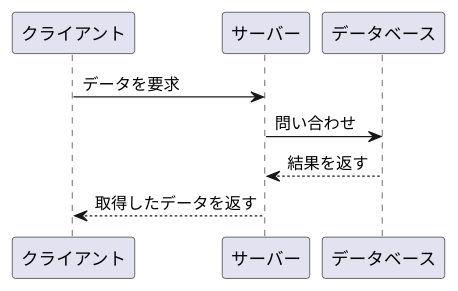
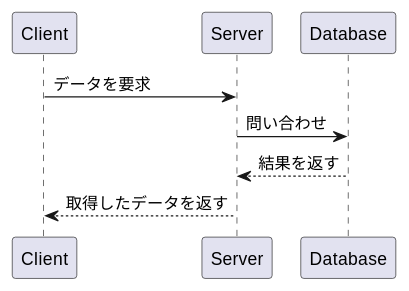
One commit to WithUSTAYBuddies/10th-assignment changed the diagram in training1.pu. Above: the diagram before and after it, drawn with PlantUML.

Commit message:
名称を簡略化

```diff
--- a/training1.pu
+++ b/training1.pu
@@ -1,10 +1,10 @@
 @startuml
-participant client as "クライアント"
-participant server as "サーバー"
-participant database as "データベース"
+participant c as "Client" 
+participant s as "Server" 
+participant d as "Database" 
 
-client -> server : データを要求
-server -> database : 問い合わせ
-database -->server : 結果を返す
-server--> client : 取得したデータを返す
+c-> s : データを要求
+s -> d : 問い合わせ
+d -->s : 結果を返す
+s --> c : 取得したデータを返す
 @enduml
```
